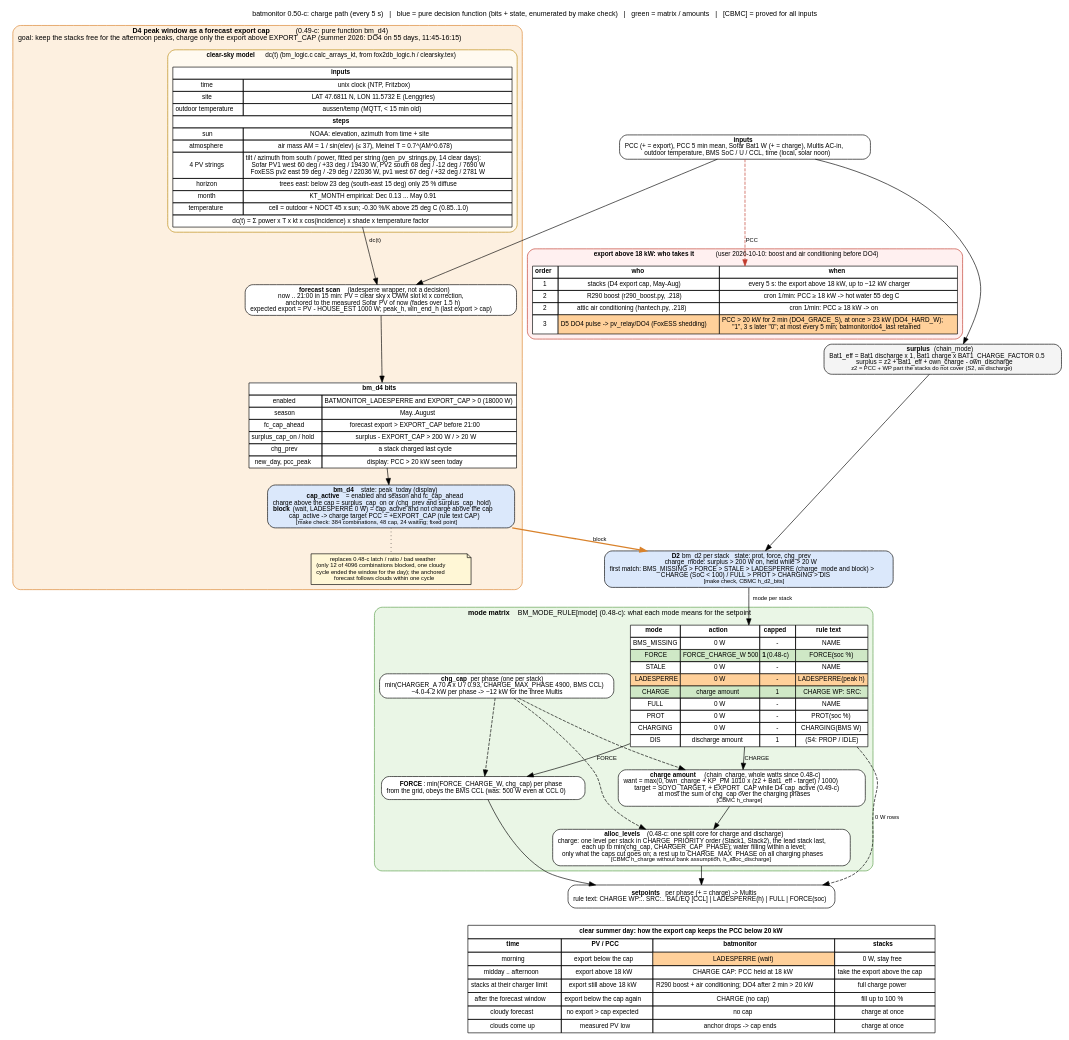
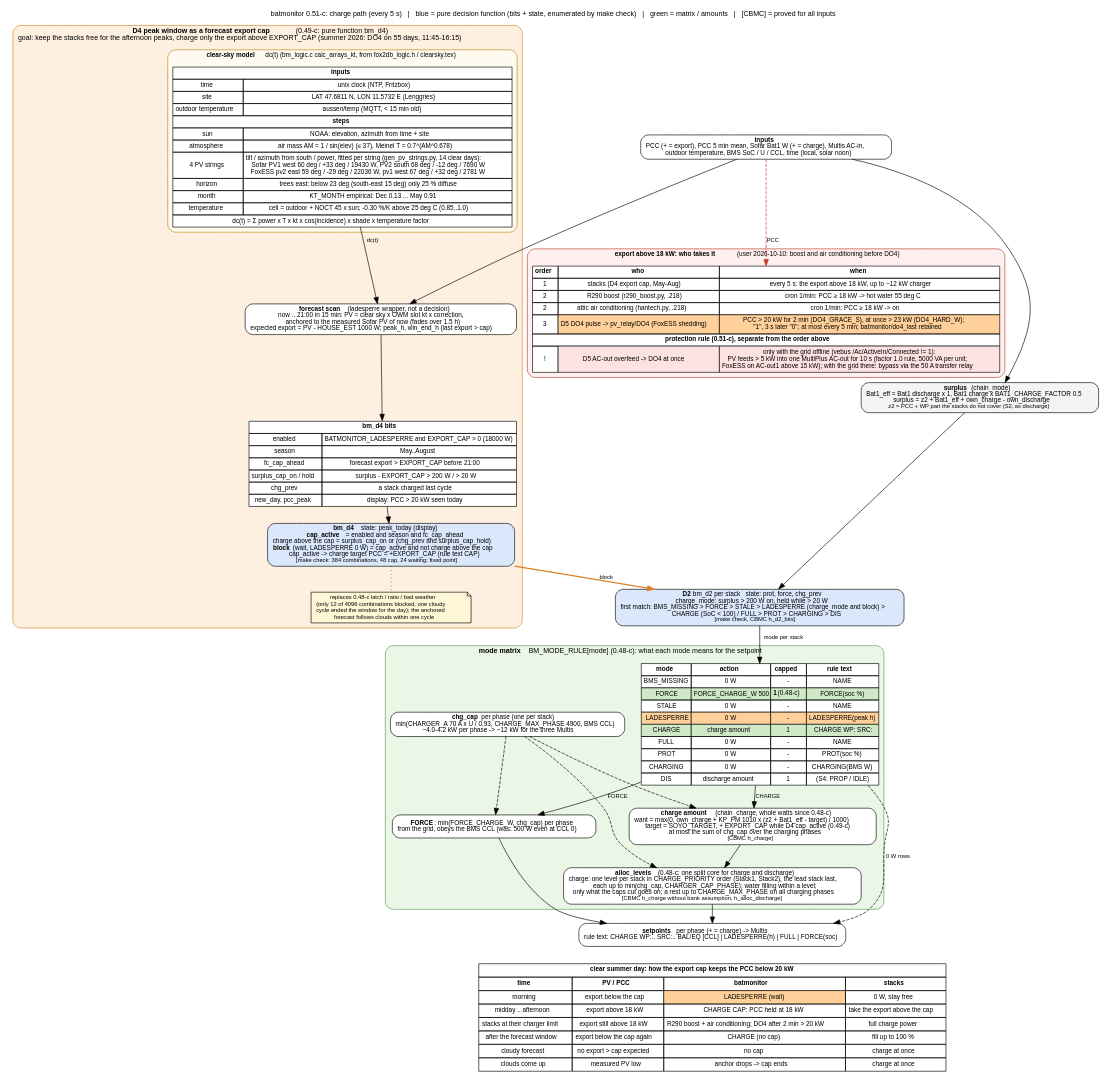
Before and after one commit to gerontec/victron: the diagram in docs/charge_flow.dot, drawn with Graphviz. The commit also changed 14 other files, not shown here.

First line of the commit message:
batmonitor 0.51-c / 0.51-py: protection rule - DO4 when the grid is offline and PV overfeeds an AC-out

```diff
--- a/docs/charge_flow.dot
+++ b/docs/charge_flow.dot
@@ -1,121 +1,123 @@
-// batmonitor 0.50-c: charge path of one cycle as decision matrices, with the summer peak window (D4 LADESPERRE)
+// batmonitor 0.51-c: charge path of one cycle as decision matrices, with the summer peak window (D4 LADESPERRE)
 // that keeps the stacks free in the morning so they take the midday PV and the PCC export stays below 20 kW.
 // render: dot -Tpdf charge_flow.dot -o charge_flow.pdf   (or -Tpng)
 digraph charge {
 	graph [rankdir=TB, fontname="Helvetica", fontsize=11, nodesep=0.35, ranksep=0.35, newrank=true,
-		   label="batmonitor 0.50-c: charge path (every 5 s)   |   blue = pure decision function (bits + state, enumerated by make check)   |   green = matrix / amounts   |   [CBMC] = proved for all inputs",
+		   label="batmonitor 0.51-c: charge path (every 5 s)   |   blue = pure decision function (bits + state, enumerated by make check)   |   green = matrix / amounts   |   [CBMC] = proved for all inputs",
 		   labelloc=t];
 	node [shape=box, style="rounded,filled", fillcolor="#f4f4f4", fontname="Helvetica", fontsize=10];
 	edge [fontname="Helvetica", fontsize=9];
 
 	in [label=<<b>inputs</b><br/>PCC (+ = export), PCC 5 min mean, Sofar Bat1 W (+ = charge), Multis AC-in,<br/>outdoor temperature, BMS SoC / U / CCL, time (local, solar noon)>, fillcolor="#ffffff"];
 
 	surplus [label=<<b>surplus</b> (chain_mode)<br/>Bat1_eff = Bat1 discharge x 1, Bat1 charge x BAT1_CHARGE_FACTOR 0.5<br/>surplus = z2 + Bat1_eff + own_charge - own_discharge<br/><font point-size="9">z2 = PCC + WP part the stacks do not cover (S2, as discharge)</font>>];
 
 	subgraph cluster_d4 {
 		label=<<b>D4 peak window as a forecast export cap</b> (0.49-c: pure function bm_d4)<br/>goal: keep the stacks free for the afternoon peaks, charge only the export above EXPORT_CAP (summer 2026: DO4 on 55 days, 11:45-16:15)>;
 		style="rounded,filled"; fillcolor="#fdf0e0"; color="#d9822b"; fontsize=11;
 		subgraph cluster_sky {
 			label=<<b>clear-sky model</b> dc(t) (bm_logic.c calc_arrays_kt, from fox2db_logic.h / clearsky.tex)>;
 			style="rounded,filled"; fillcolor="#fffaf0"; color="#b8860b"; fontsize=10;
 			sky [shape=plain, label=<
 				<table border="0" cellborder="1" cellspacing="0" cellpadding="3" bgcolor="#ffffff">
 				<tr><td colspan="2"><b>inputs</b></td></tr>
 				<tr><td>time</td><td>unix clock (NTP, Fritzbox)</td></tr>
 				<tr><td>site</td><td>LAT 47.6811 N, LON 11.5732 E (Lenggries)</td></tr>
 				<tr><td>outdoor temperature</td><td>aussen/temp (MQTT, &lt; 15 min old)</td></tr>
 				<tr><td colspan="2"><b>steps</b></td></tr>
 				<tr><td>sun</td><td>NOAA: elevation, azimuth from time + site</td></tr>
 				<tr><td>atmosphere</td><td>air mass AM = 1 / sin(elev) (&le; 37), Meinel T = 0.7^(AM^0.678)</td></tr>
 				<tr><td>4 PV strings</td><td>tilt / azimuth from south / power, fitted per string (gen_pv_strings.py, 14 clear days):<br/>Sofar PV1 west 60 deg / +33 deg / 19430 W, PV2 south 68 deg / -12 deg / 7690 W<br/>FoxESS pv2 east 59 deg / -29 deg / 22036 W, pv1 west 67 deg / +32 deg / 2781 W</td></tr>
 				<tr><td>horizon</td><td>trees east: below 23 deg (south-east 15 deg) only 25 % diffuse</td></tr>
 				<tr><td>month</td><td>KT_MONTH empirical: Dec 0.13 ... May 0.91</td></tr>
 				<tr><td>temperature</td><td>cell = outdoor + NOCT 45 x sun; -0.30 %/K above 25 deg C (0.85..1.0)</td></tr>
 				<tr><td colspan="2">dc(t) = &Sigma; power x T x kt x cos(incidence) x shade x temperature factor</td></tr>
 				</table>>];
 		}
 		model [label=<<b>forecast scan</b> (ladesperre wrapper, not a decision)<br/>now .. 21:00 in 15 min: PV = clear sky x OWM slot kt x correction,<br/>anchored to the measured Sofar PV of now (fades over 1.5 h)<br/>expected export = PV - HOUSE_EST 1000 W; peak_h, win_end_h (last export &gt; cap)>, fillcolor="#ffffff"];
 		sky -> model [label=" dc(t)"];
 		d4bits [shape=plain, label=<
 			<table border="0" cellborder="1" cellspacing="0" cellpadding="3" bgcolor="#ffffff">
 			<tr><td colspan="2"><b>bm_d4 bits</b></td></tr>
 			<tr><td>enabled</td><td>BATMONITOR_LADESPERRE and EXPORT_CAP &gt; 0 (18000 W)</td></tr>
 			<tr><td>season</td><td>May..August</td></tr>
 			<tr><td>fc_cap_ahead</td><td>forecast export &gt; EXPORT_CAP before 21:00</td></tr>
 			<tr><td>surplus_cap_on / hold</td><td>surplus - EXPORT_CAP &gt; 200 W / &gt; 20 W</td></tr>
 			<tr><td>chg_prev</td><td>a stack charged last cycle</td></tr>
 			<tr><td>new_day, pcc_peak</td><td>display: PCC &gt; 20 kW seen today</td></tr>
 			</table>>];
 		d4 [label=<<b>bm_d4</b>   state: peak_today (display)<br/><b>cap_active</b> = enabled and season and fc_cap_ahead<br/>charge above the cap = surplus_cap_on or (chg_prev and surplus_cap_hold)<br/><b>block</b> (wait, LADESPERRE 0 W) = cap_active and not charge above the cap<br/>cap_active -&gt; charge target PCC = +EXPORT_CAP (rule text CAP)<br/><font point-size="9">[make check: 384 combinations, 48 cap, 24 waiting; fixed point]</font>>, fillcolor="#dbe8fb"];
 		note_ls [shape=note, fillcolor="#fff7d6", fontsize=9, label=<replaces 0.48-c latch / ratio / bad weather<br/>(only 12 of 4096 combinations blocked, one cloudy<br/>cycle ended the window for the day); the anchored<br/>forecast follows clouds within one cycle>];
 		model -> d4bits -> d4;
 		d4 -> note_ls [style=dotted, arrowhead=none];
 	}
 
 	d2 [label=<<b>D2</b> bm_d2 per stack   state: prot, force, chg_prev<br/>charge_mode: surplus &gt; 200 W on, held while &gt; 20 W<br/>first match: BMS_MISSING &gt; FORCE &gt; STALE &gt; LADESPERRE (charge_mode and block) &gt;<br/>CHARGE (SoC &lt; 100) / FULL &gt; PROT &gt; CHARGING &gt; DIS<br/><font point-size="9">[make check, CBMC h_d2_bits]</font>>, fillcolor="#dbe8fb"];
 
 	subgraph cluster_mode {
 		label=<<b>mode matrix</b> BM_MODE_RULE[mode] (0.48-c): what each mode means for the setpoint>;
 		style="rounded,filled"; fillcolor="#eaf6e6"; color="#5a9e4b"; fontsize=11;
 		mrule [shape=plain, label=<
 			<table border="0" cellborder="1" cellspacing="0" cellpadding="3" bgcolor="#ffffff">
 			<tr><td><b>mode</b></td><td><b>action</b></td><td><b>capped</b></td><td><b>rule text</b></td></tr>
 			<tr><td>BMS_MISSING</td><td>0 W</td><td>-</td><td>NAME</td></tr>
 			<tr><td bgcolor="#cfe8c6">FORCE</td><td bgcolor="#cfe8c6">FORCE_CHARGE_W 500</td><td bgcolor="#cfe8c6"><b>1</b> (0.48-c)</td><td bgcolor="#cfe8c6">FORCE(soc %)</td></tr>
 			<tr><td>STALE</td><td>0 W</td><td>-</td><td>NAME</td></tr>
 			<tr><td bgcolor="#ffd09a">LADESPERRE</td><td bgcolor="#ffd09a">0 W</td><td bgcolor="#ffd09a">-</td><td bgcolor="#ffd09a">LADESPERRE(peak h)</td></tr>
 			<tr><td bgcolor="#cfe8c6">CHARGE</td><td bgcolor="#cfe8c6">charge amount</td><td bgcolor="#cfe8c6">1</td><td bgcolor="#cfe8c6">CHARGE WP: SRC:</td></tr>
 			<tr><td>FULL</td><td>0 W</td><td>-</td><td>NAME</td></tr>
 			<tr><td>PROT</td><td>0 W</td><td>-</td><td>PROT(soc %)</td></tr>
 			<tr><td>CHARGING</td><td>0 W</td><td>-</td><td>CHARGING(BMS W)</td></tr>
 			<tr><td>DIS</td><td>discharge amount</td><td>1</td><td>(S4: PROP / IDLE)</td></tr>
 			</table>>];
 		force [label=<<b>FORCE</b>: min(FORCE_CHARGE_W, chg_cap) per phase<br/>from the grid, obeys the BMS CCL (was: 500 W even at CCL 0)>, fillcolor="#ffffff"];
 		amount [label=<<b>charge amount</b> (chain_charge, whole watts since 0.48-c)<br/>want = max(0, own_charge + KP_PM 1010 x (z2 + Bat1_eff - target) / 1000)<br/>target = SOYO_TARGET, + EXPORT_CAP while D4 cap_active (0.49-c)<br/>at most the sum of chg_cap over the charging phases<br/><font point-size="9">[CBMC h_charge]</font>>, fillcolor="#ffffff"];
 		caps [label=<<b>chg_cap</b> per phase (one per stack)<br/>min(CHARGER_A 70 A x U / 0.93, CHARGE_MAX_PHASE 4900, BMS CCL)<br/>~4.0-4.2 kW per phase -&gt; ~12 kW for the three Multis>, fillcolor="#ffffff"];
 		alloc [label=<<b>alloc_levels</b> (0.48-c: one split core for charge and discharge)<br/>charge: one level per stack in CHARGE_PRIORITY order (Stack1, Stack2), the lead stack last,<br/>each up to min(chg_cap, CHARGER_CAP_PHASE); water filling within a level;<br/>only what the caps cut goes on; a rest up to CHARGE_MAX_PHASE on all charging phases<br/><font point-size="9">[CBMC h_charge without bank assumption, h_alloc_discharge]</font>>, fillcolor="#ffffff"];
 		mrule -> force [label=" FORCE"];
 		mrule -> amount [label=" CHARGE"];
 		caps -> amount [style=dashed];
 		caps -> alloc [style=dashed];
 		caps -> force [style=dashed];
 		amount -> alloc;
 	}
 
 	subgraph cluster_prio {
 		label=<<b>export above 18 kW: who takes it</b> (user 2026-10-10: boost and air conditioning before DO4)>;
 		style="rounded,filled"; fillcolor="#fff0f0"; color="#c0392b"; fontsize=10;
 		prio [shape=plain, label=<
 			<table border="0" cellborder="1" cellspacing="0" cellpadding="3" bgcolor="#ffffff">
 			<tr><td><b>order</b></td><td><b>who</b></td><td><b>when</b></td></tr>
 			<tr><td>1</td><td>stacks (D4 export cap, May-Aug)</td><td>every 5 s: the export above 18 kW, up to ~12 kW charger</td></tr>
 			<tr><td>2</td><td>R290 boost (r290_boost.py, .218)</td><td>cron 1/min: PCC &ge; 18 kW -&gt; hot water 55 deg C</td></tr>
 			<tr><td>2</td><td>attic air conditioning (hantech.py, .218)</td><td>cron 1/min: PCC &ge; 18 kW -&gt; on</td></tr>
 			<tr><td>3</td><td bgcolor="#ffd09a">D5 DO4 pulse -&gt; pv_relay/DO4 (FoxESS shedding)</td><td bgcolor="#ffd09a">PCC &gt; 20 kW for 2 min (DO4_GRACE_S), at once &gt; 23 kW (DO4_HARD_W);<br/>"1", 3 s later "0"; at most every 5 min; batmonitor/do4_last retained</td></tr>
+			<tr><td colspan="3"><b>protection rule (0.51-c), separate from the order above</b></td></tr>
+			<tr><td>!</td><td bgcolor="#fde2e2">D5 AC-out overfeed -&gt; DO4 at once</td><td bgcolor="#fde2e2">only with the grid offline (vebus /Ac/ActiveIn/Connected != 1):<br/>PV feeds &gt; 5 kW into one MultiPlus AC-out for 10 s (factor 1.0 rule, 5000 VA per unit;<br/>FoxESS on AC-out1 above 15 kW); with the grid there: bypass via the 50 A transfer relay</td></tr>
 			</table>>];
 	}
 
 	out [label=<<b>setpoints</b> per phase (+ = charge) -&gt; Multis<br/>rule text: CHARGE WP:.. SRC:.. BAL/EQ [CCL] | LADESPERRE(h) | FULL | FORCE(soc)>, fillcolor="#ffffff"];
 
 	timeline [shape=plain, label=<
 		<table border="0" cellborder="1" cellspacing="0" cellpadding="4" bgcolor="#ffffff">
 		<tr><td colspan="4"><b>clear summer day: how the export cap keeps the PCC below 20 kW</b></td></tr>
 		<tr><td><b>time</b></td><td><b>PV / PCC</b></td><td><b>batmonitor</b></td><td><b>stacks</b></td></tr>
 		<tr><td>morning</td><td>export below the cap</td><td bgcolor="#ffd09a">LADESPERRE (wait)</td><td>0 W, stay free</td></tr>
 		<tr><td>midday .. afternoon</td><td>export above 18 kW</td><td>CHARGE CAP: PCC held at 18 kW</td><td>take the export above the cap</td></tr>
 		<tr><td>stacks at their charger limit</td><td>export still above 18 kW</td><td>R290 boost + air conditioning; DO4 after 2 min &gt; 20 kW</td><td>full charge power</td></tr>
 		<tr><td>after the forecast window</td><td>export below the cap again</td><td>CHARGE (no cap)</td><td>fill up to 100 %</td></tr>
 		<tr><td>cloudy forecast</td><td>no export &gt; cap expected</td><td>no cap</td><td>charge at once</td></tr>
 		<tr><td>clouds come up</td><td>measured PV low</td><td>anchor drops -&gt; cap ends</td><td>charge at once</td></tr>
 		</table>>];
 
 	in -> surplus -> d2;
 	in -> model;
 	in -> prio [style=dashed, label=" PCC", color="#c0392b"];
 	d4 -> d2 [color="#d9822b", penwidth=2, label=" block"];
 	d2 -> mrule [label=" mode per stack"];
 	force -> out;
 	alloc -> out;
 	mrule -> out [label=" 0 W rows", style=dashed];
 	out -> timeline [style=invis];
 }
```
